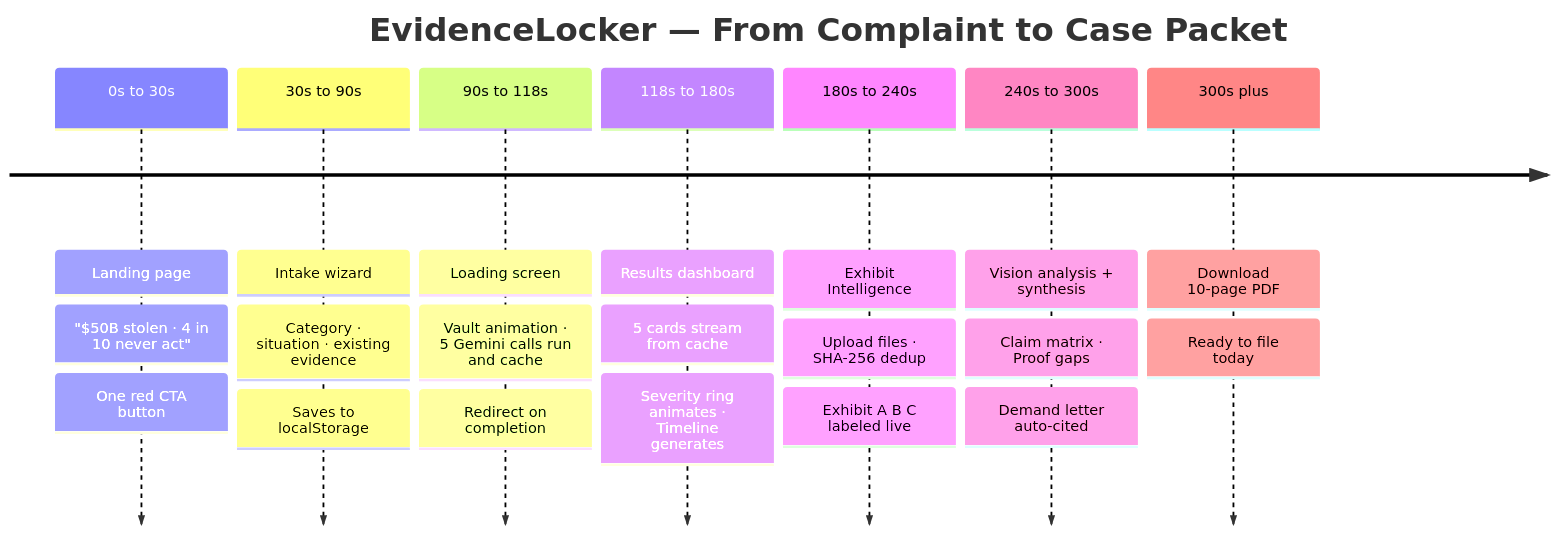
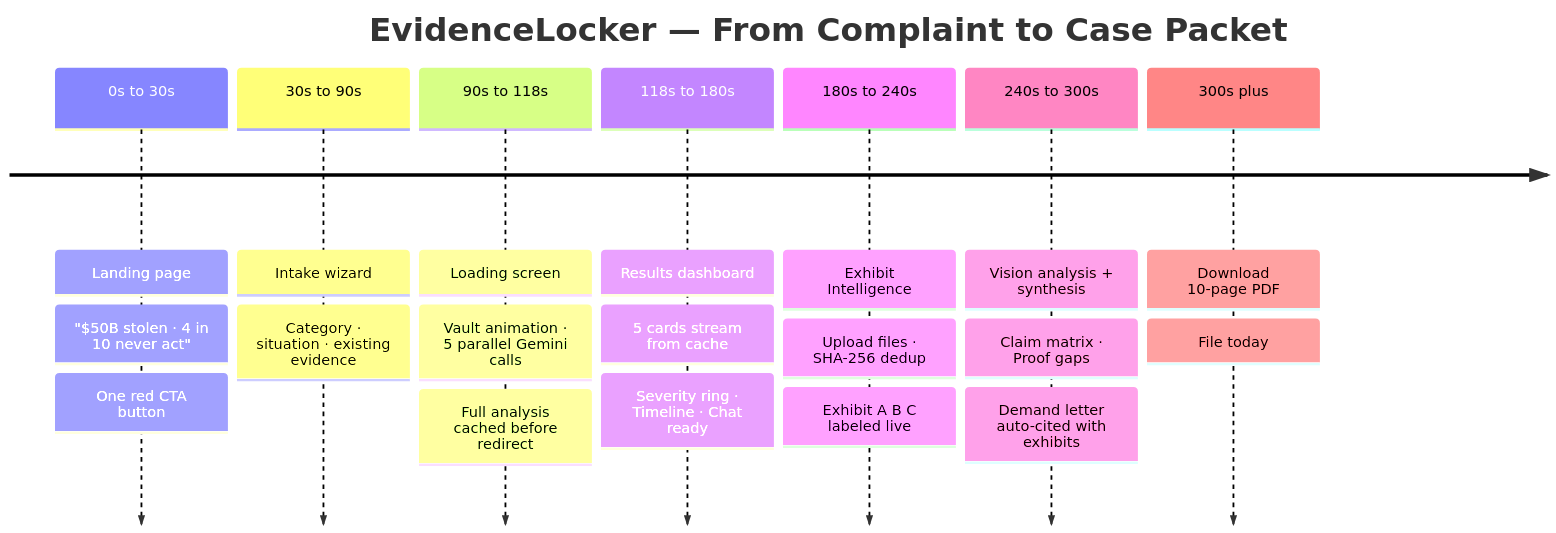
Before and after one commit to Iceman-Dann/Evidence-Locker: diagram 12 of 13 in README.md, drawn with Mermaid. The commit also changed other lines of this file, not shown here.

````diff
--- a/README.md
+++ b/README.md
@@ -481,31 +509,30 @@
 ```mermaid
 timeline
     title EvidenceLocker — From Complaint to Case Packet
 
     0s to 30s    : Landing page
                  : "$50B stolen · 4 in 10 never act"
                  : One red CTA button
 
     30s to 90s   : Intake wizard
                  : Category · situation · existing evidence
-                 : Saves to localStorage
 
     90s to 118s  : Loading screen
-                 : Vault animation · 5 Gemini calls run and cache
-                 : Redirect on completion
+                 : Vault animation · 5 parallel Gemini calls
+                 : Full analysis cached before redirect
 
     118s to 180s : Results dashboard
                  : 5 cards stream from cache
-                 : Severity ring animates · Timeline generates
+                 : Severity ring · Timeline · Chat ready
 
     180s to 240s : Exhibit Intelligence
                  : Upload files · SHA-256 dedup
                  : Exhibit A B C labeled live
 
     240s to 300s : Vision analysis + synthesis
                  : Claim matrix · Proof gaps
-                 : Demand letter auto-cited
+                 : Demand letter auto-cited with exhibits
 
     300s plus    : Download 10-page PDF
-                 : Ready to file today
+                 : File today
 ```
````
